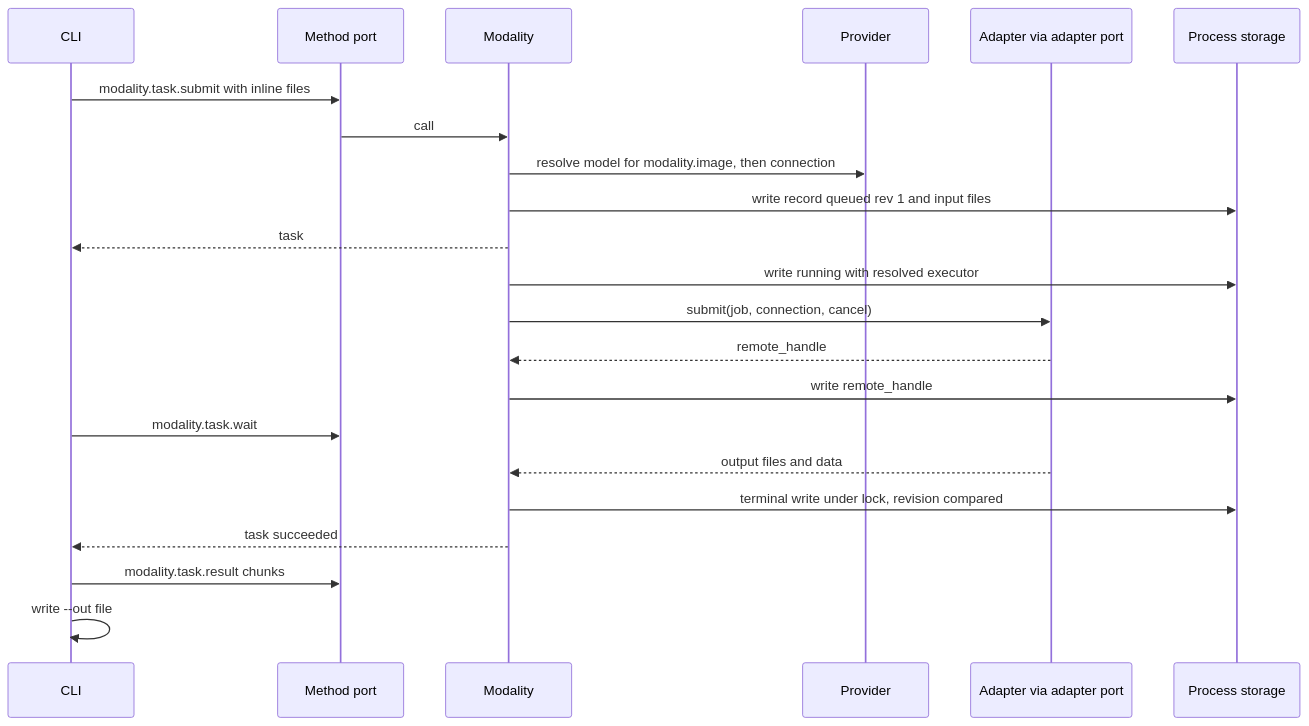
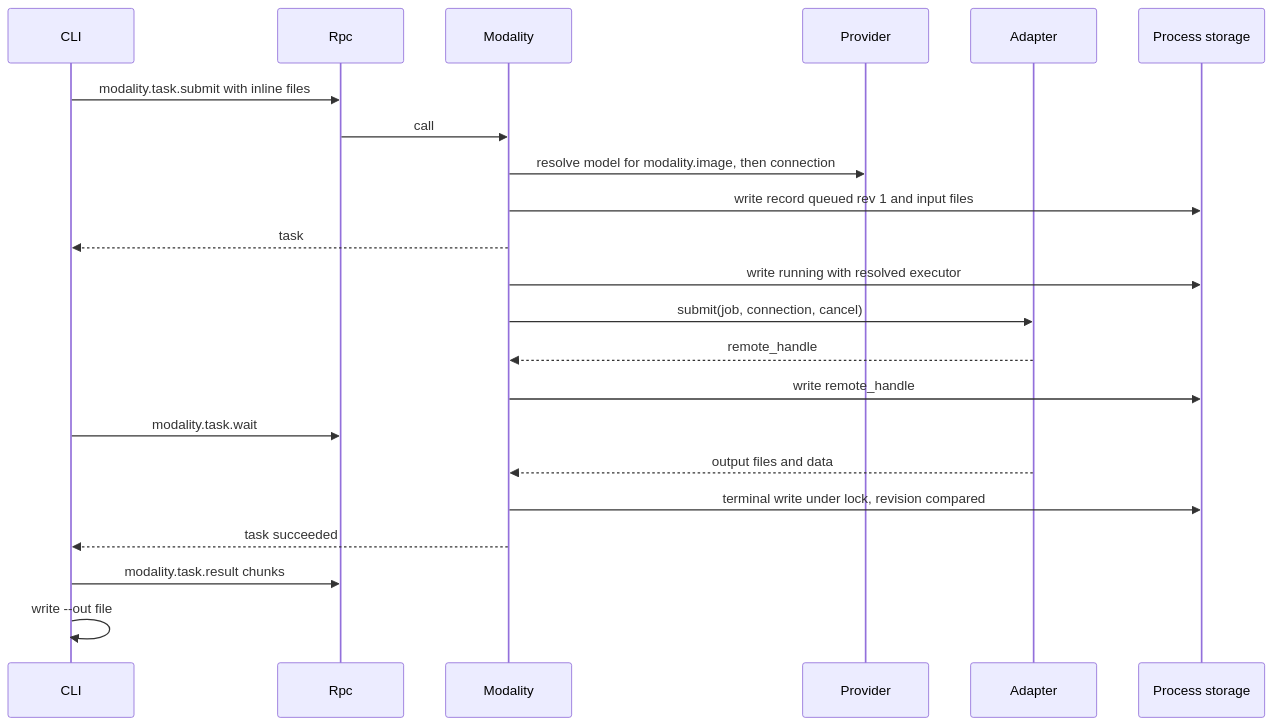
Before and after one commit to CoutinhoTTS/dim-agent: the third of 6 diagrams in docs/design/plugins/Modality.md, drawn with Mermaid. The commit also changed other lines of this file and 2 other files, not shown here.

Commit message:
docs(design): rescope Modality, PluginManager and RemoteGateway per ADR 002

````diff
--- a/docs/design/plugins/Modality.md
+++ b/docs/design/plugins/Modality.md
@@ -85,24 +80,24 @@
 ```mermaid
 sequenceDiagram
   participant C as CLI
-  participant M as Method port
+  participant R as Rpc
   participant D as Modality
   participant P as Provider
-  participant A as Adapter via adapter port
+  participant A as Adapter
   participant S as Process storage
-  C->>M: modality.task.submit with inline files
-  M->>D: call
+  C->>R: modality.task.submit with inline files
+  R->>D: call
   D->>P: resolve model for modality.image, then connection
   D->>S: write record queued rev 1 and input files
   D-->>C: task
   D->>S: write running with resolved executor
   D->>A: submit(job, connection, cancel)
   A-->>D: remote_handle
   D->>S: write remote_handle
-  C->>M: modality.task.wait
+  C->>R: modality.task.wait
   A-->>D: output files and data
   D->>S: terminal write under lock, revision compared
   D-->>C: task succeeded
-  C->>M: modality.task.result chunks
+  C->>R: modality.task.result chunks
   C->>C: write --out file
 ```
````
